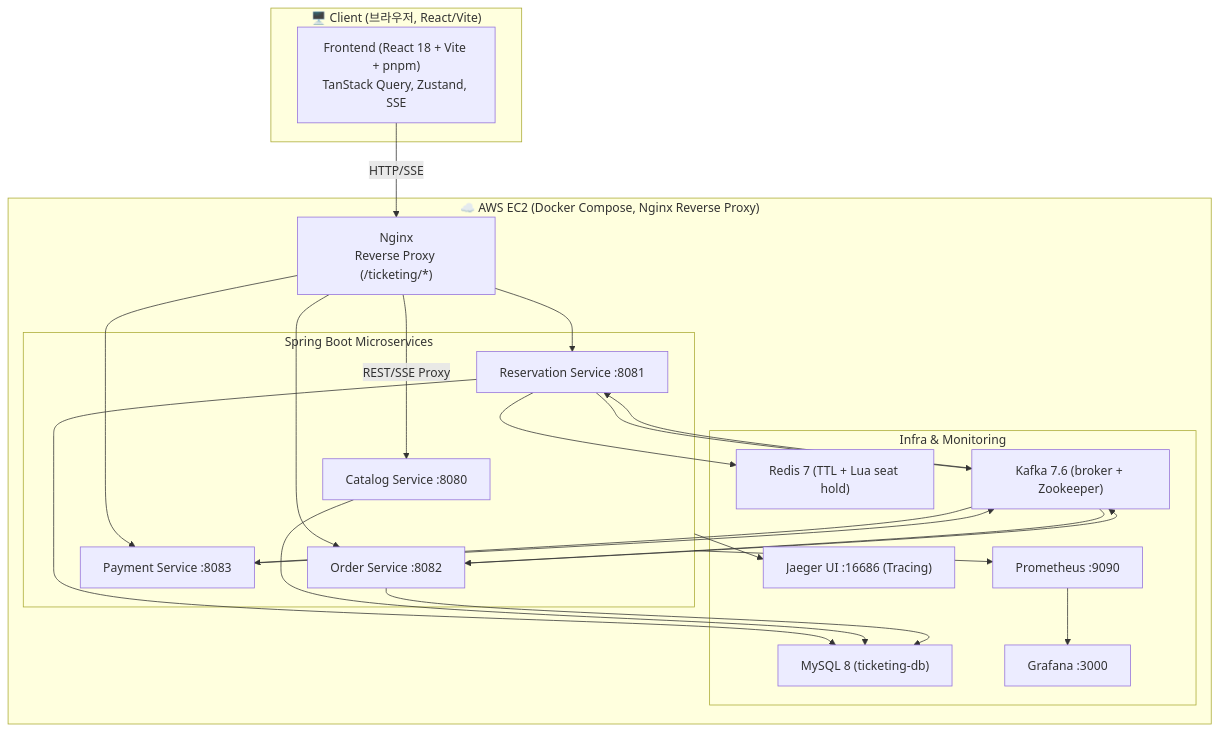
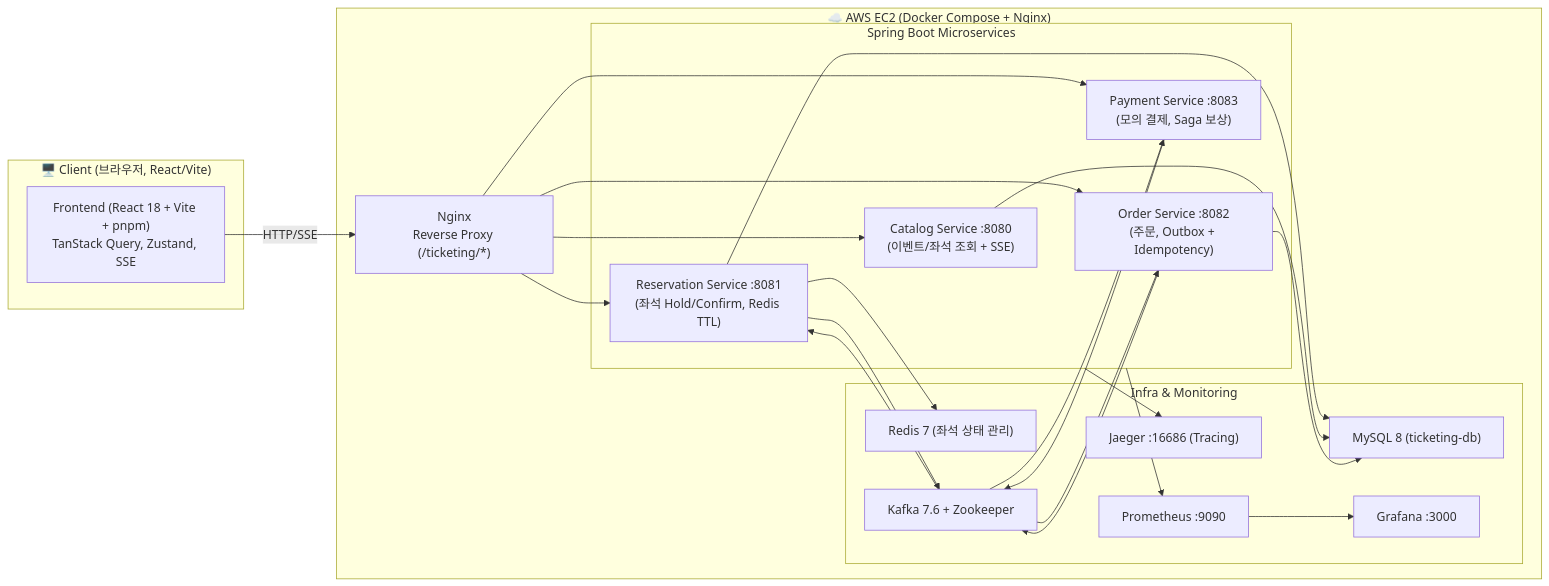
One commit to tpdus751/ticketing-project changed the diagram in README.md. Above: the diagram before and after it, drawn with Mermaid. The commit also changed other lines of this file, not shown here.

````diff
--- a/README.md
+++ b/README.md
@@ -49,47 +50,48 @@
 ```mermaid
-flowchart TB
+flowchart LR
     subgraph Client["🖥️ Client (브라우저, React/Vite)"]
         FE["Frontend (React 18 + Vite + pnpm)\nTanStack Query, Zustand, SSE"]
     end
 
-    subgraph EC2["☁️ AWS EC2 (Docker Compose, Nginx Reverse Proxy)"]
+    subgraph EC2["☁️ AWS EC2 (Docker Compose + Nginx)"]
         Nginx["Nginx\nReverse Proxy (/ticketing/*)"]
 
         subgraph BE["Spring Boot Microservices"]
-            C["Catalog Service :8080"]
-            R["Reservation Service :8081"]
-            O["Order Service :8082"]
-            P["Payment Service :8083"]
+            C["Catalog Service :8080\n(이벤트/좌석 조회 + SSE)"]
+            R["Reservation Service :8081\n(좌석 Hold/Confirm, Redis TTL)"]
+            O["Order Service :8082\n(주문, Outbox + Idempotency)"]
+            P["Payment Service :8083\n(모의 결제, Saga 보상)"]
         end
 
         subgraph Infra["Infra & Monitoring"]
             MySQL["MySQL 8 (ticketing-db)"]
-            Redis["Redis 7 (TTL + Lua seat hold)"]
-            Kafka["Kafka 7.6 (broker + Zookeeper)"]
-            Jaeger["Jaeger UI :16686 (Tracing)"]
+            Redis["Redis 7 (좌석 상태 관리)"]
+            Kafka["Kafka 7.6 + Zookeeper"]
+            Jaeger["Jaeger :16686 (Tracing)"]
             Prometheus["Prometheus :9090"]
             Grafana["Grafana :3000"]
         end
     end
 
     FE -->|HTTP/SSE| Nginx
-    Nginx -->|REST/SSE Proxy| C
+    Nginx --> C
     Nginx --> R
     Nginx --> O
     Nginx --> P
 
     R --> Redis
     R --> MySQL
     C --> MySQL
     O --> MySQL
+
+    O --> Kafka
     P --> Kafka
-    O --> Kafka
     R --> Kafka
 
+    Kafka --> O
     Kafka --> R
     Kafka --> P
-    Kafka --> O
 
     BE --> Jaeger
     BE --> Prometheus --> Grafana
 ```
````
